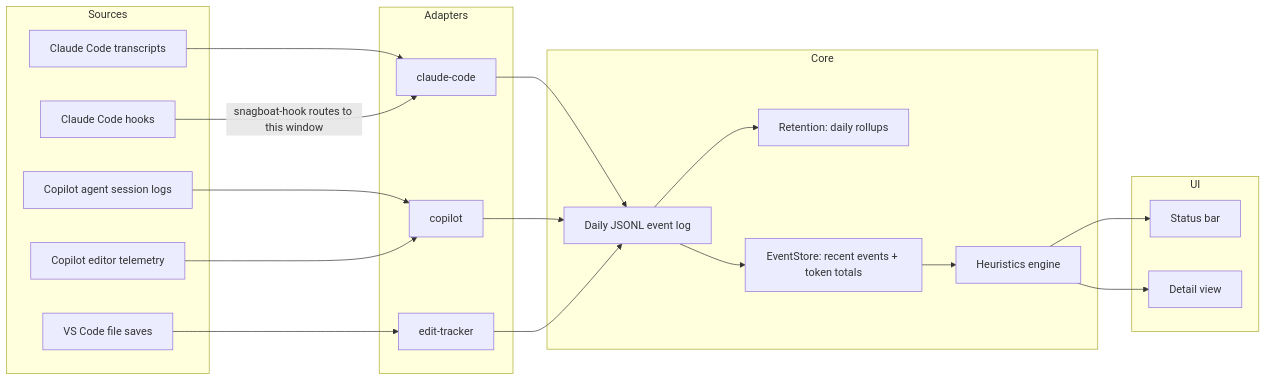
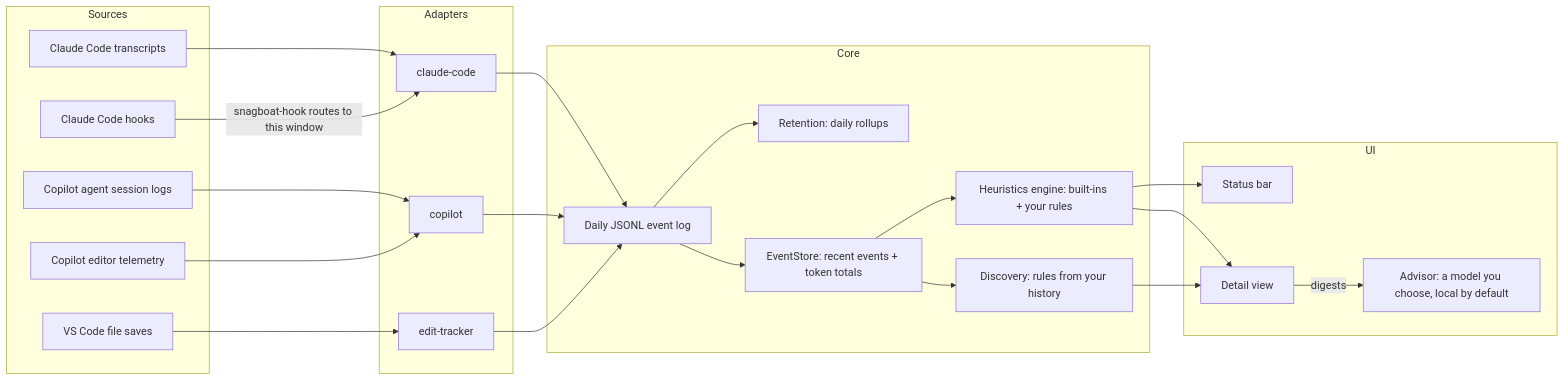
One commit to DChristianson/snagboat changed the diagram in README.md. Above: the diagram before and after it, drawn with Mermaid. The commit also changed other lines of this file and 4 other files, not shown here.

````diff
--- a/README.md
+++ b/README.md
@@ -171,37 +16,41 @@
 ```mermaid
 flowchart LR
   subgraph Sources
     Transcripts[Claude Code transcripts]
     Hooks[Claude Code hooks]
     CopilotCli[Copilot agent session logs]
     Copilot[Copilot editor telemetry]
     Saves[VS Code file saves]
   end
 
   subgraph Adapters
     ClaudeAdapter[claude-code]
     CopilotAdapter[copilot]
     EditTracker[edit-tracker]
   end
 
   subgraph Core
     EventLog[Daily JSONL event log]
     Retention[Retention: daily rollups]
     Store[EventStore: recent events + token totals]
-    Heuristics[Heuristics engine]
+    Heuristics[Heuristics engine: built-ins + your rules]
+    Discovery[Discovery: rules from your history]
   end
 
   subgraph UI
     Status[Status bar]
     Detail[Detail view]
+    Advisor[Advisor: a model you choose, local by default]
   end
 
   Transcripts --> ClaudeAdapter
   Hooks -->|snagboat-hook routes to this window| ClaudeAdapter
   CopilotCli --> CopilotAdapter
   Copilot --> CopilotAdapter
   Saves --> EditTracker
   ClaudeAdapter & CopilotAdapter & EditTracker --> EventLog
   EventLog --> Retention
   EventLog --> Store --> Heuristics --> Status & Detail
+  Store --> Discovery --> Detail
+  Detail -->|digests| Advisor
 ```
````
